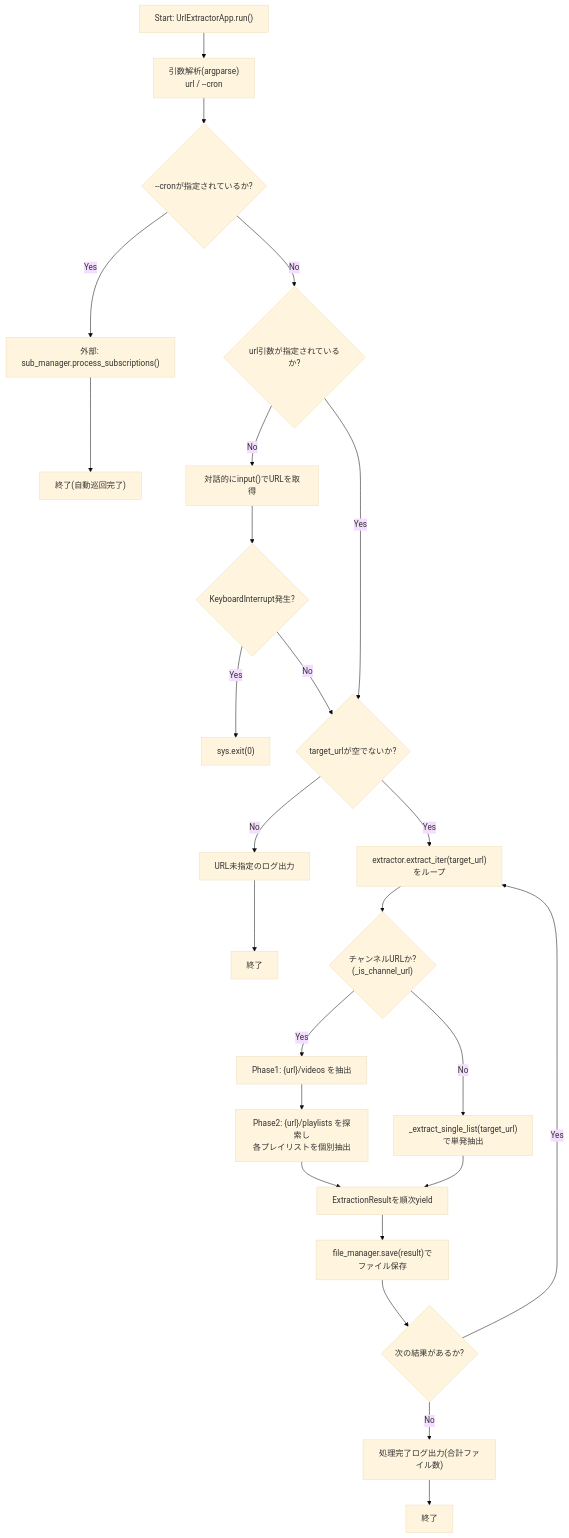
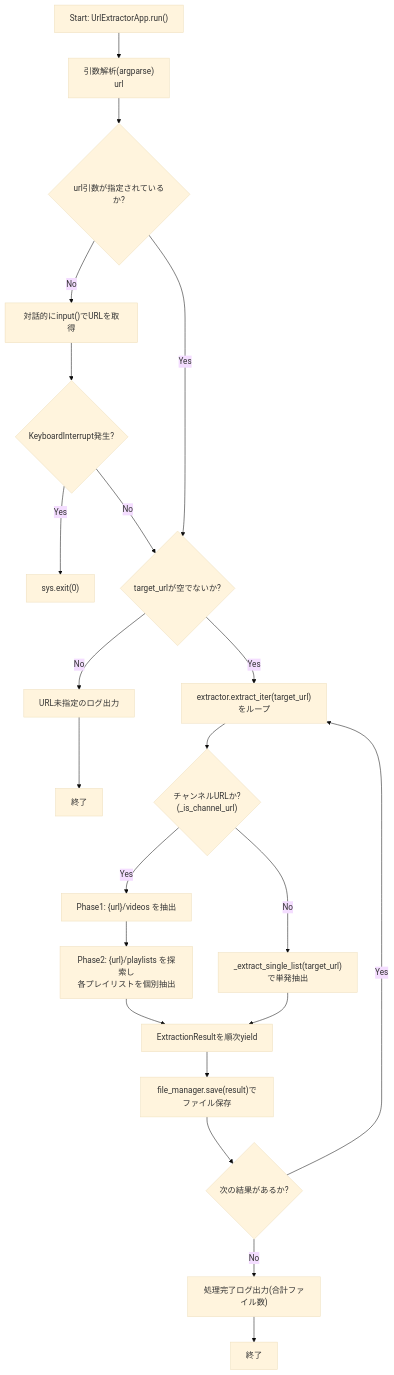
The first of 2 diagrams in docs/specifications/DDD/extract_youtube_urls.md (mmtigers/my_python_project), drawn with Mermaid (base theme) before and after one commit. The commit also changed other lines of this file and 27 other files, not shown here.

````diff
--- a/docs/specifications/DDD/extract_youtube_urls.md
+++ b/docs/specifications/DDD/extract_youtube_urls.md
@@ -401,32 +326,27 @@
 ```mermaid
 flowchart TD
-    Start["Start: UrlExtractorApp.run()"] --> ParseArgs["引数解析(argparse)<br>url / --cron"]
-    ParseArgs --> CronCheck{"--cronが指定されているか?"}
-
-    CronCheck -->|Yes| SubProcess["外部: sub_manager.process_subscriptions()"]
-    SubProcess --> End1["終了(自動巡回完了)"]
-
-    CronCheck -->|No| UrlCheck{"url引数が指定されているか?"}
+    Start["Start: UrlExtractorApp.run()"] --> ParseArgs["引数解析(argparse)<br>url"]
+    ParseArgs --> UrlCheck{"url引数が指定されているか?"}
     UrlCheck -->|No| PromptInput["対話的にinput()でURLを取得"]
     PromptInput --> Interrupt{"KeyboardInterrupt発生?"}
     Interrupt -->|Yes| Exit0["sys.exit(0)"]
     Interrupt -->|No| UrlCheck2
 
     UrlCheck -->|Yes| UrlCheck2{"target_urlが空でないか?"}
     UrlCheck2 -->|No| LogNoUrl["URL未指定のログ出力"] --> End2["終了"]
     UrlCheck2 -->|Yes| ExtractLoop["extractor.extract_iter(target_url)をループ"]
 
     ExtractLoop --> IsChannel{"チャンネルURLか?<br>(_is_channel_url)"}
     IsChannel -->|Yes| VideosPhase["Phase1: {url}/videos を抽出"]
     VideosPhase --> PlaylistsPhase["Phase2: {url}/playlists を探索し<br>各プレイリストを個別抽出"]
     PlaylistsPhase --> YieldResults["ExtractionResultを順次yield"]
 
     IsChannel -->|No| SingleExtract["_extract_single_list(target_url)で単発抽出"]
     SingleExtract --> YieldResults
 
     YieldResults --> SaveResult["file_manager.save(result)でファイル保存"]
     SaveResult --> MoreResults{"次の結果があるか?"}
     MoreResults -->|Yes| ExtractLoop
     MoreResults -->|No| LogDone["処理完了ログ出力(合計ファイル数)"]
     LogDone --> End3["終了"]
 ```
````
